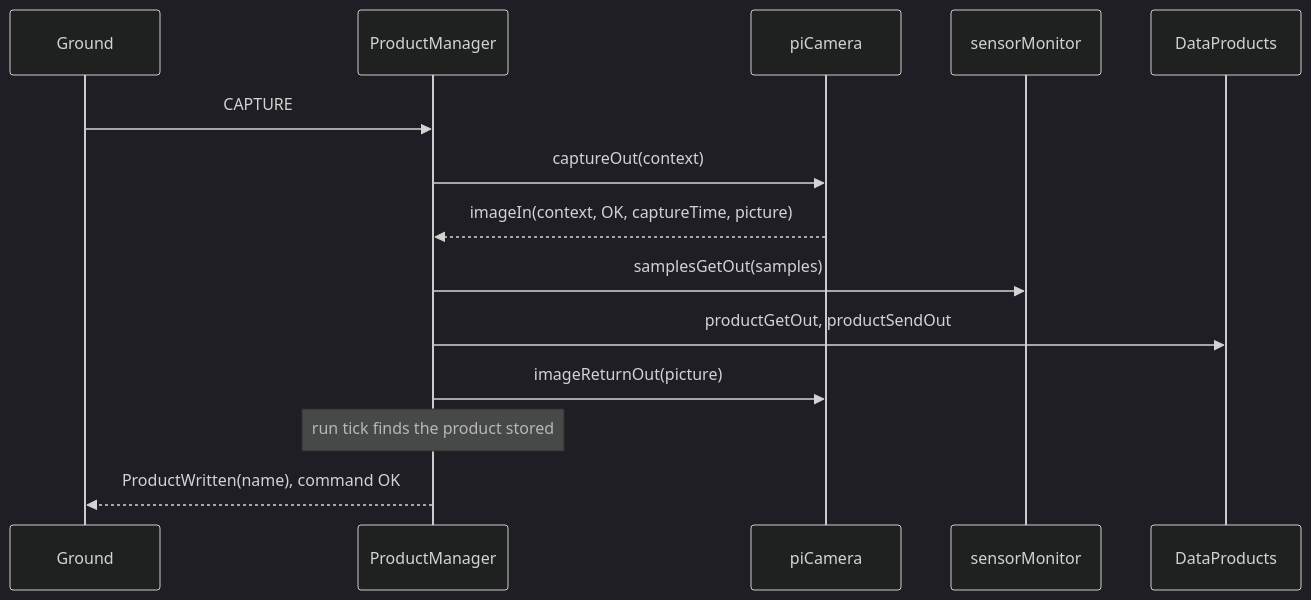
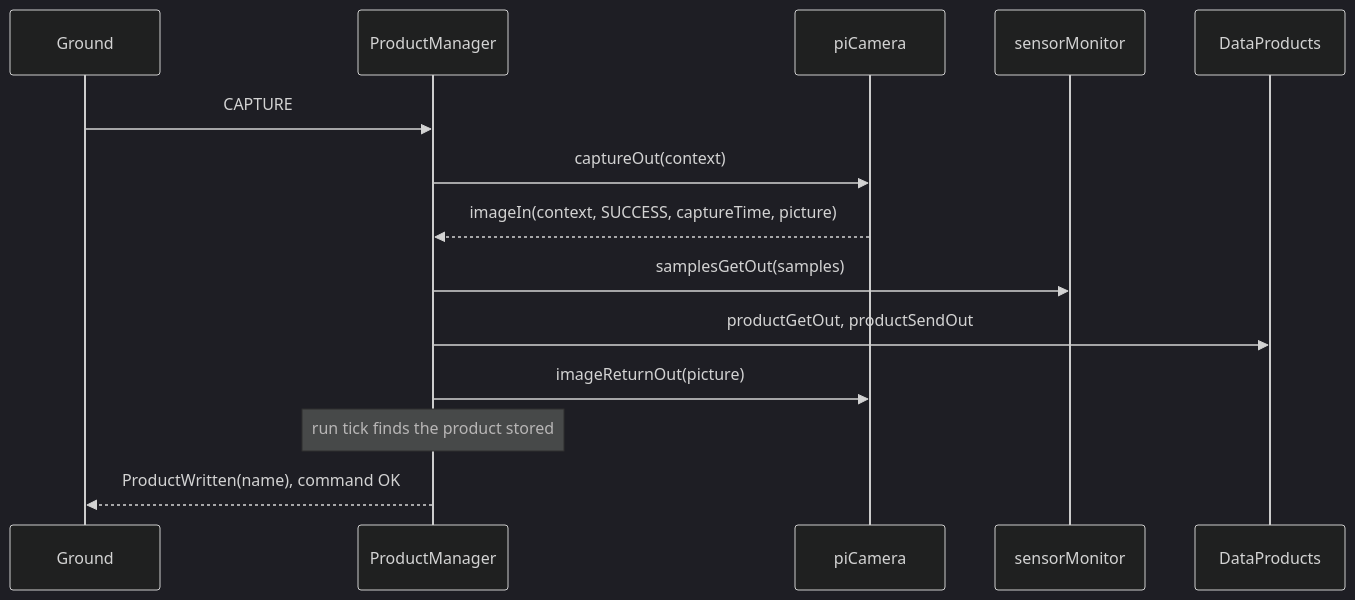
One commit to lestarch-autobot/fprime-pi-sensor-reference changed the second of 3 diagrams in Components/ProductManager/docs/sdd.md. Above: the diagram before and after it, drawn with Mermaid (dark theme). The commit also changed other lines of this file and 5 other files, not shown here.

````diff
--- a/Components/ProductManager/docs/sdd.md
+++ b/Components/ProductManager/docs/sdd.md
@@ -226,16 +226,16 @@
 ```mermaid
 sequenceDiagram
     participant G as Ground
     participant P as ProductManager
     participant C as piCamera
     participant S as sensorMonitor
     participant D as DataProducts
     G->>P: CAPTURE
     P->>C: captureOut(context)
-    C-->>P: imageIn(context, OK, captureTime, picture)
+    C-->>P: imageIn(context, SUCCESS, captureTime, picture)
     P->>S: samplesGetOut(samples)
     P->>D: productGetOut, productSendOut
     P->>C: imageReturnOut(picture)
     Note over P: run tick finds the product stored
     P-->>G: ProductWritten(name), command OK
 ```
````
